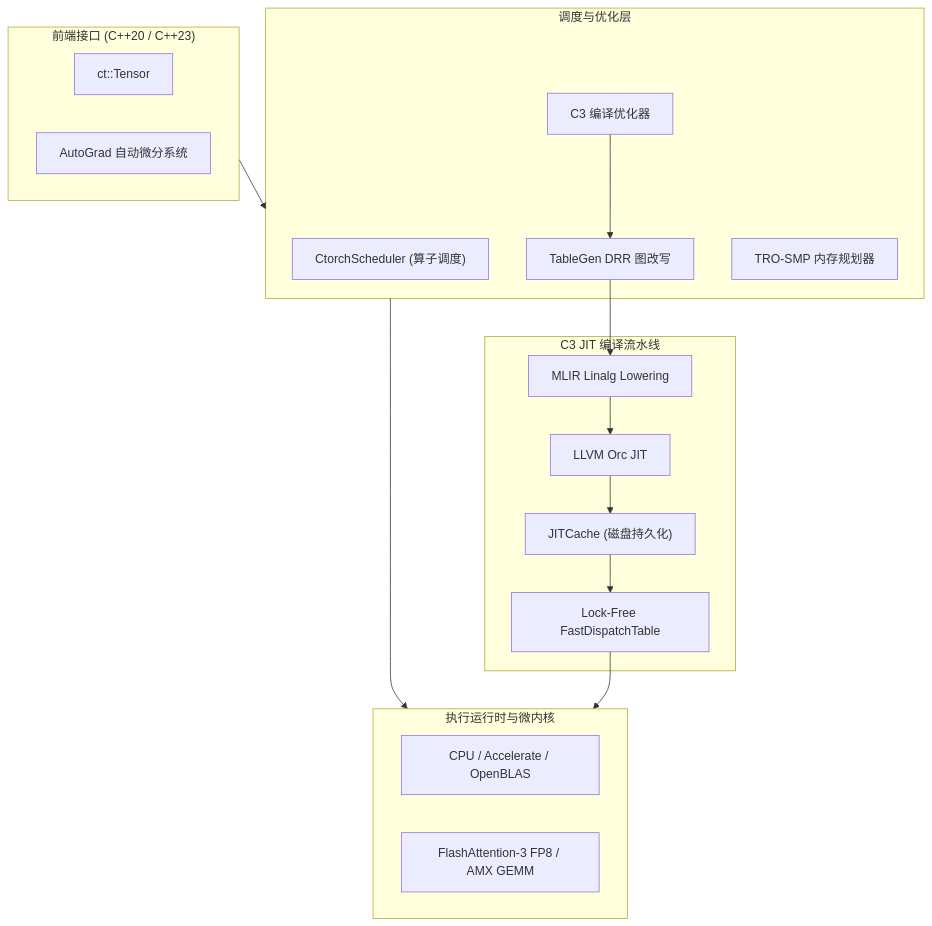
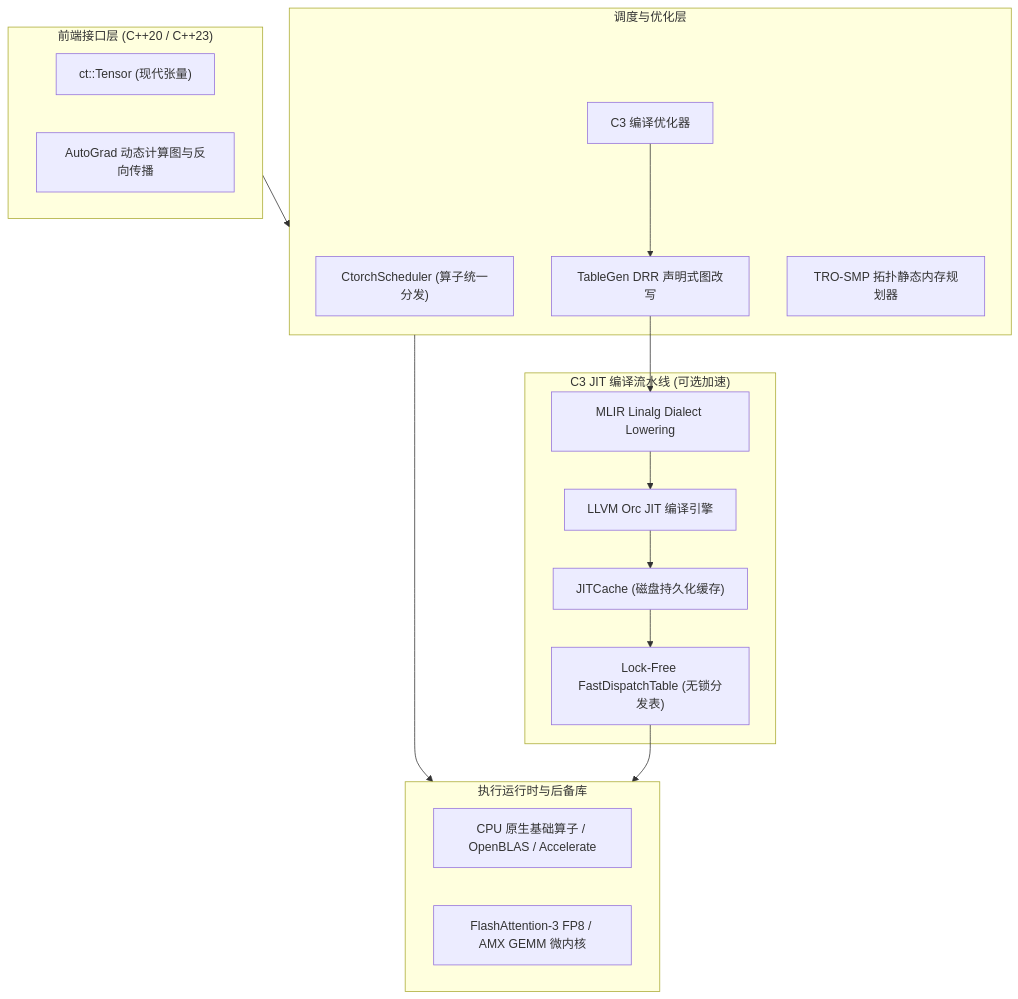
Before and after one commit to ShengFlow/CTorch: the diagram in README.md, drawn with Mermaid. The commit also changed other lines of this file, not shown here.

````diff
--- a/README.md
+++ b/README.md
@@ -46,35 +61,35 @@
 ```mermaid
 flowchart TD
-    subgraph Frontend ["前端接口 (C++20 / C++23)"]
-        Tensor["ct::Tensor"]
-        AutoGradAPI["AutoGrad 自动微分系统"]
+    subgraph Frontend ["前端接口层 (C++20 / C++23)"]
+        Tensor["ct::Tensor (现代张量)"]
+        AutoGradAPI["AutoGrad 动态计算图与反向传播"]
     end
 
     subgraph Scheduler ["调度与优化层"]
-        CtorchSched["CtorchScheduler (算子调度)"]
+        CtorchSched["CtorchScheduler (算子统一分发)"]
         C3Engine["C3 编译优化器"]
-        DRR["TableGen DRR 图改写"]
-        MemoryPlanner["TRO-SMP 内存规划器"]
+        DRR["TableGen DRR 声明式图改写"]
+        MemoryPlanner["TRO-SMP 拓扑静态内存规划器"]
     end
 
-    subgraph JITPipeline ["C3 JIT 编译流水线"]
-        MLIRLowering["MLIR Linalg Lowering"]
-        LLVMOrc["LLVM Orc JIT"]
-        JITCache["JITCache (磁盘持久化)"]
-        FastDispatch["Lock-Free FastDispatchTable"]
+    subgraph JITPipeline ["C3 JIT 编译流水线 (可选加速)"]
+        MLIRLowering["MLIR Linalg Dialect Lowering"]
+        LLVMOrc["LLVM Orc JIT 编译引擎"]
+        JITCache["JITCache (磁盘持久化缓存)"]
+        FastDispatch["Lock-Free FastDispatchTable (无锁分发表)"]
     end
 
-    subgraph Backend ["执行运行时与微内核"]
-        CPUBack["CPU / Accelerate / OpenBLAS"]
-        MicroKernels["FlashAttention-3 FP8 / AMX GEMM"]
+    subgraph Backend ["执行运行时与后备库"]
+        CPUBack["CPU 原生基础算子 / OpenBLAS / Accelerate"]
+        MicroKernels["FlashAttention-3 FP8 / AMX GEMM 微内核"]
     end
 
     Frontend --> Scheduler
     C3Engine --> DRR
     DRR --> MLIRLowering
     MLIRLowering --> LLVMOrc
     LLVMOrc --> JITCache
     JITCache --> FastDispatch
     Scheduler --> Backend
     FastDispatch --> Backend
 ```
````
